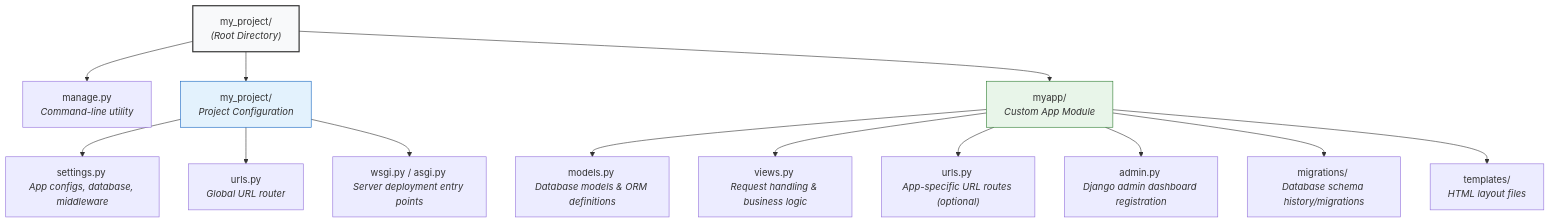
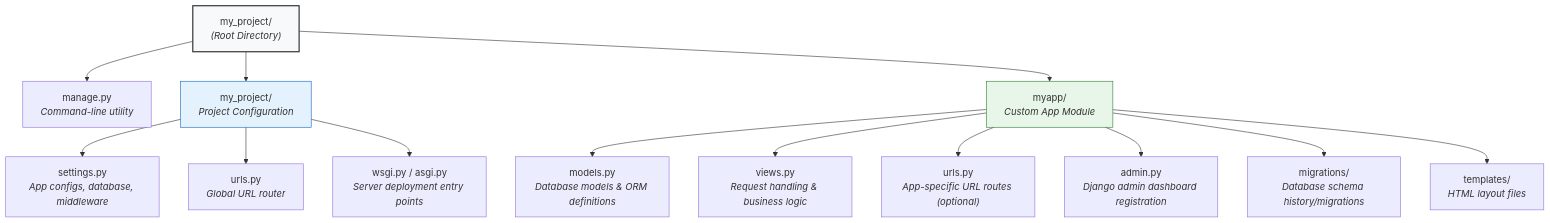
The third of 3 diagrams in synthesis/courses/django-6-the-big-picture/00-django-6-the-big-picture-synthesis.md (matt2ology/tech-journal-and-blog), drawn with Mermaid before and after one commit. The commit also changed other lines of this file, not shown here.

Commit message:
fix: update link formatting and improve diagram clarity in Django 6 synthesis

````diff
--- a/synthesis/courses/django-6-the-big-picture/00-django-6-the-big-picture-synthesis.md
+++ b/synthesis/courses/django-6-the-big-picture/00-django-6-the-big-picture-synthesis.md
@@ -92,24 +92,24 @@
 ```mermaid
 flowchart TD
-    Root["my_project/ <br/><i>(Root Directory)</i>"] --> Manage["manage.py <br/><i>Command-line utility</i>"]
-    Root --> ProjConfig["my_project/ <br/><i>Project Configuration</i>"]
-    Root --> AppDir["myapp/ <br/><i>Custom App Module</i>"]
+    Root["my_project/<br/><i>(Root Directory)</i>"] --> Manage["manage.py<br/><i>Command-line utility</i>"]
+    Root --> ProjConfig["my_project/<br/><i>Project Configuration</i>"]
+    Root --> AppDir["myapp/<br/><i>Custom App Module</i>"]
 
     %% Project Configuration Files
-    ProjConfig --> Settings["settings.py <br/><i>App configs, database, middleware</i>"]
-    ProjConfig --> ProjUrls["urls.py <br/><i>Global URL router</i>"]
-    ProjConfig --> WSGI["wsgi.py / asgi.py <br/><i>Server deployment entry points</i>"]
+    ProjConfig --> Settings["settings.py<br/><i>App configs, database, middleware</i>"]
+    ProjConfig --> ProjUrls["urls.py<br/><i>Global URL router</i>"]
+    ProjConfig --> WSGI["wsgi.py / asgi.py<br/><i>Server deployment entry points</i>"]
 
     %% App Files & Folders
-    AppDir --> Models["models.py <br/><i>Database models & ORM definitions</i>"]
-    AppDir --> Views["views.py <br/><i>Request handling & business logic</i>"]
-    AppDir --> AppUrls["urls.py <br/><i>App-specific URL routes (optional)</i>"]
-    AppDir --> Admin["admin.py <br/><i>Django admin dashboard registration</i>"]
-    AppDir --> Migrations["migrations/ <br/><i>Database schema history/migrations</i>"]
-    AppDir --> Templates["templates/ <br/><i>HTML layout files</i>"]
+    AppDir --> Models["models.py<br/><i>Database models &amp; ORM definitions</i>"]
+    AppDir --> Views["views.py<br/><i>Request handling &amp; business logic</i>"]
+    AppDir --> AppUrls["urls.py<br/><i>App-specific URL routes (optional)</i>"]
+    AppDir --> Admin["admin.py<br/><i>Django admin dashboard registration</i>"]
+    AppDir --> Migrations["migrations/<br/><i>Database schema history/migrations</i>"]
+    AppDir --> Templates["templates/<br/><i>HTML layout files</i>"]
 
     %% Styling for clarity
     style Root fill:#f8f9fa,stroke:#333,stroke-width:2px
     style ProjConfig fill:#e3f2fd,stroke:#1565c0,stroke-width:1px
     style AppDir fill:#e8f5e9,stroke:#2e7d32,stroke-width:1px
 ```
````
